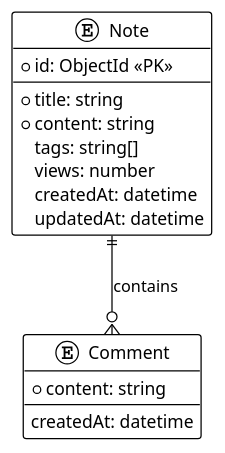
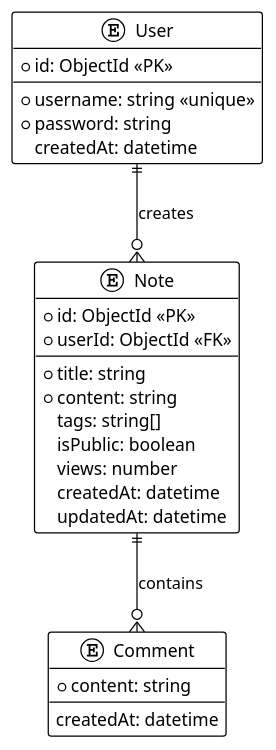
One commit to AIU-SoftWave/nosql-notes-app changed the third of 3 diagrams in Deliverables/Docs/diagrams.puml. Above: the diagram before and after it, drawn with PlantUML. The commit also changed 32 other files, not shown here.

```diff
--- a/Deliverables/Docs/diagrams.puml
+++ b/Deliverables/Docs/diagrams.puml
@@ -113,24 +113,35 @@
 @startuml Data Model
 
 !theme plain
 
+entity "User" {
+  *id: ObjectId <<PK>>
+  --
+  *username: string <<unique>>
+  *password: string
+  createdAt: datetime
+}
+
 entity "Note" {
   *id: ObjectId <<PK>>
+  *userId: ObjectId <<FK>>
   --
   *title: string
   *content: string
   tags: string[]
+  isPublic: boolean
   views: number
   createdAt: datetime
   updatedAt: datetime
 }
 
 entity "Comment" {
   *content: string
   --
   createdAt: datetime
 }
 
+User ||--o{ Note : creates
 Note ||--o{ Comment : contains
 
 @enduml
```
